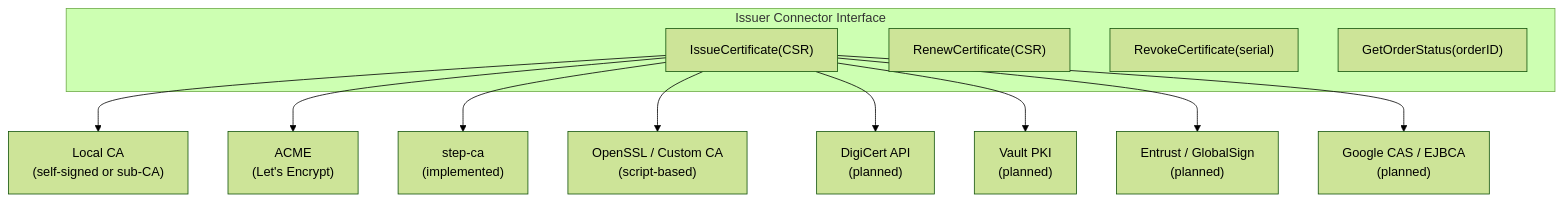
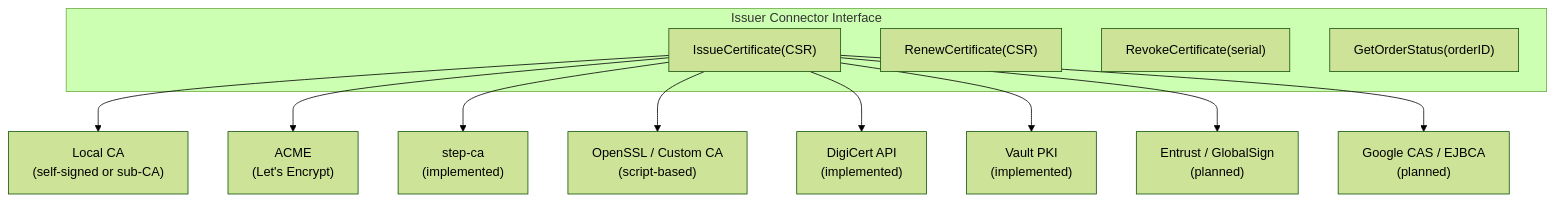
The second of 6 diagrams in docs/demo-advanced.md (certctl-io/certctl), drawn with Mermaid (forest theme) before and after one commit. The commit also changed 15 other files, not shown here.

First line of the commit message:
docs: fix stale references, seed data case bugs, and convert ASCII diagrams to Mermaid

````diff
--- a/docs/demo-advanced.md
+++ b/docs/demo-advanced.md
@@ -297,18 +297,18 @@
 ```mermaid
 flowchart TD
     subgraph "Issuer Connector Interface"
         A["IssueCertificate(CSR)"]
         B["RenewCertificate(CSR)"]
         C["RevokeCertificate(serial)"]
         D["GetOrderStatus(orderID)"]
     end
 
     A --> E["Local CA\n(self-signed or sub-CA)"]
     A --> F["ACME\n(Let's Encrypt)"]
     A --> G["step-ca\n(implemented)"]
     A --> H["OpenSSL / Custom CA\n(script-based)"]
-    A --> J["DigiCert API\n(planned)"]
-    A --> K["Vault PKI\n(planned)"]
+    A --> J["DigiCert API\n(implemented)"]
+    A --> K["Vault PKI\n(implemented)"]
     A --> L["Entrust / GlobalSign\n(planned)"]
     A --> M["Google CAS / EJBCA\n(planned)"]
 ```
````
